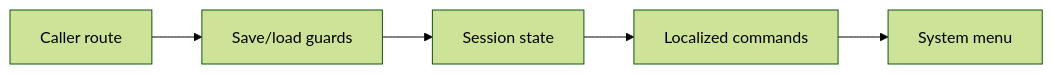
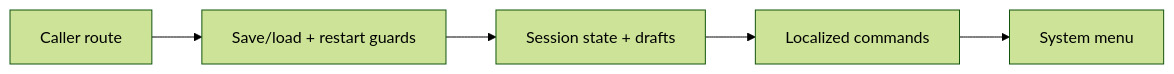
The second of 5 diagrams in docs/architecture/wiki/screens/54-system-menu/architecture.md (SunaNoOshiro/Heroes_Reforged_AI_Realms), drawn with Mermaid (forest theme) before and after one commit. The commit also changed other lines of this file and 518 other files, not shown here.

First line of the commit message:
Add doc-audit skill and sweep architecture/screen docs

````diff
--- a/docs/architecture/wiki/screens/54-system-menu/architecture.md
+++ b/docs/architecture/wiki/screens/54-system-menu/architecture.md
@@ -32,8 +42,7 @@
 ```mermaid
 flowchart LR
-  L0["Caller route"] --> L1
-  L1["Save/load guards"] --> L2
-  L2["Session state"] --> L3
-  L3["Localized commands"] --> L4
-  L4["System menu"]
+  L0["Caller route"] --> L1["Save/load + restart guards"]
+  L1 --> L2["Session state + drafts"]
+  L2 --> L3["Localized commands"]
+  L3 --> L4["System menu"]
 ```
````
